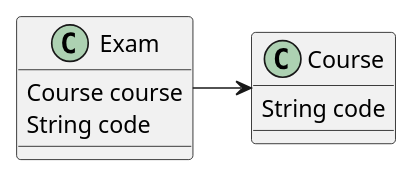
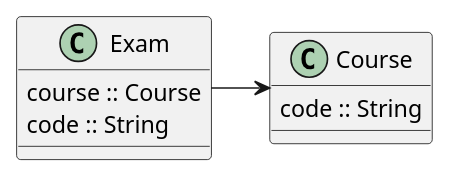
The first of 2 diagrams in README.md (johnlayton/nokescourt), drawn with PlantUML before and after one commit. The commit also changed other lines of this file, not shown here.

````diff
--- a/README.md
+++ b/README.md
@@ -7,13 +6,16 @@
 ```puml
+@startuml 
 
 class Course {
-  String code
+  code :: String 
 }
 
 class Exam {
-  Course course
-  String code
+  course :: Course
+  code :: String
 }
 
 Exam -> Course
+
+@enduml
 ```
````
